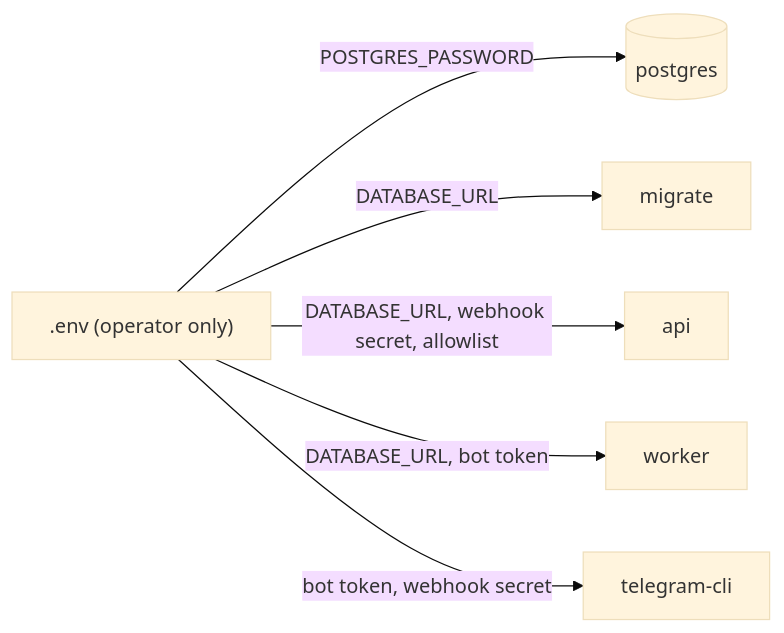
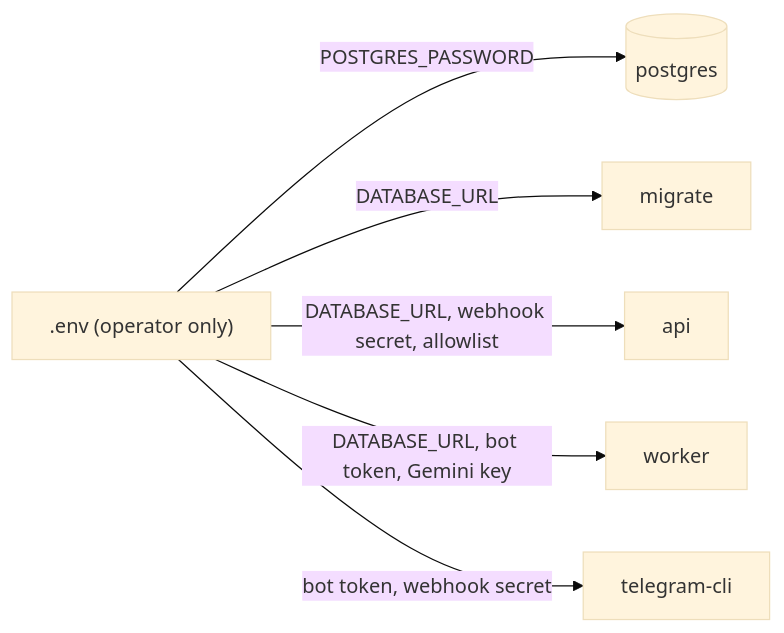
One commit to Mounso/dzdia-newsroom changed the diagram in docs/operations/configuration.md. Above: the diagram before and after it, drawn with Mermaid (base theme). The commit also changed other lines of this file and 26 other files, not shown here.

````diff
--- a/docs/operations/configuration.md
+++ b/docs/operations/configuration.md
@@ -73,9 +73,9 @@
 ```mermaid
 flowchart LR
     env[".env (operator only)"]
     env -->|POSTGRES_PASSWORD| pg[(postgres)]
     env -->|DATABASE_URL| mig[migrate]
     env -->|DATABASE_URL, webhook secret, allowlist| api[api]
-    env -->|DATABASE_URL, bot token| wk[worker]
+    env -->|DATABASE_URL, bot token, Gemini key| wk[worker]
     env -->|bot token, webhook secret| cli[telegram-cli]
 ```
````
